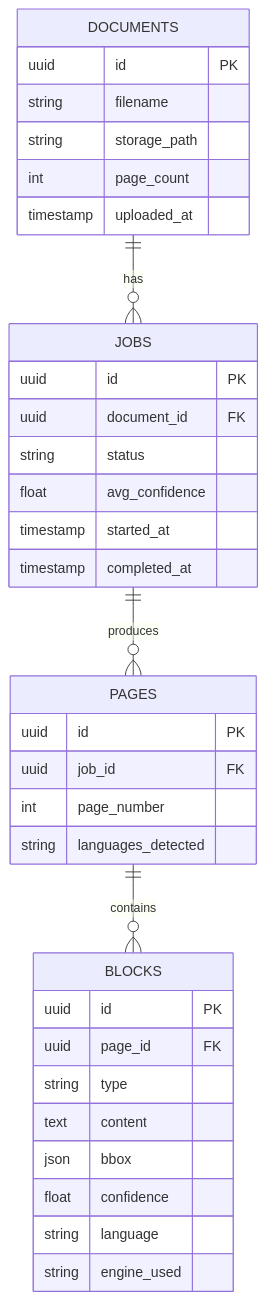
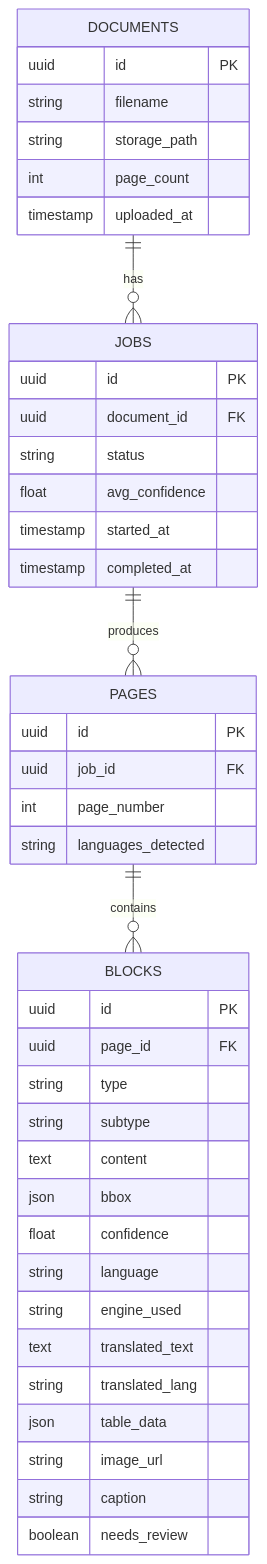
Before and after one commit to khiloni/Multilingual-OCR-pipeline-architecture: the fourth of 5 diagrams in ARCHITECTURE.md, drawn with Mermaid. The commit also changed other lines of this file and 8 other files, not shown here.

````diff
--- a/ARCHITECTURE.md
+++ b/ARCHITECTURE.md
@@ -234,38 +282,45 @@
 ```mermaid
 erDiagram
     DOCUMENTS ||--o{ JOBS : has
     JOBS ||--o{ PAGES : produces
     PAGES ||--o{ BLOCKS : contains
 
     DOCUMENTS {
         uuid id PK
         string filename
         string storage_path
         int page_count
         timestamp uploaded_at
     }
     JOBS {
         uuid id PK
         uuid document_id FK
         string status
         float avg_confidence
         timestamp started_at
         timestamp completed_at
     }
     PAGES {
         uuid id PK
         uuid job_id FK
         int page_number
         string languages_detected
     }
     BLOCKS {
         uuid id PK
         uuid page_id FK
         string type
+        string subtype
         text content
         json bbox
         float confidence
         string language
         string engine_used
+        text translated_text
+        string translated_lang
+        json table_data
+        string image_url
+        string caption
+        boolean needs_review
     }
 ```
````
